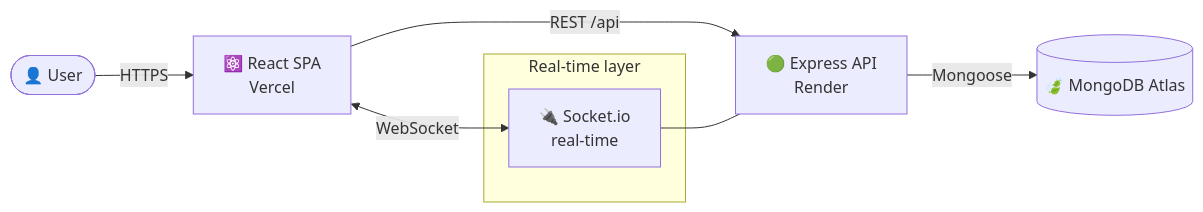
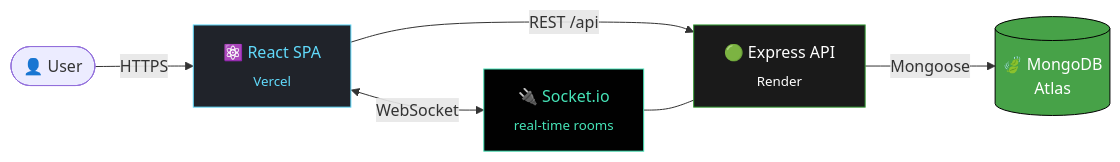
The second of 4 diagrams in README.md (RealAbhinav001/DevSync), drawn with Mermaid before and after one commit. The commit also changed other lines of this file, not shown here.

````diff
--- a/README.md
+++ b/README.md
@@ -88,12 +118,13 @@
 ```mermaid
 flowchart LR
-    U([👤 User]) -->|HTTPS| FE["⚛️ React SPA<br/>Vercel"]
-    FE -->|REST /api| BE["🟢 Express API<br/>Render"]
-    FE <-->|WebSocket| WS["🔌 Socket.io<br/>real-time"]
+    U([👤 User]) -->|HTTPS| FE["⚛️ React SPA<br/><sub>Vercel</sub>"]
+    FE -->|REST /api| BE["🟢 Express API<br/><sub>Render</sub>"]
+    FE <-->|WebSocket| WS["🔌 Socket.io<br/><sub>real-time rooms</sub>"]
     WS --- BE
-    BE -->|Mongoose| DB[("🍃 MongoDB Atlas")]
+    BE -->|Mongoose| DB[("🍃 MongoDB<br/>Atlas")]
 
-    subgraph Realtime[" Real-time layer "]
-        WS
-    end
+    style FE fill:#20232A,stroke:#61DAFB,color:#61DAFB
+    style BE fill:#1a1a1a,stroke:#339933,color:#fff
+    style WS fill:#010101,stroke:#46E3B7,color:#46E3B7
+    style DB fill:#47A248,stroke:#000,color:#fff
 ```
````
